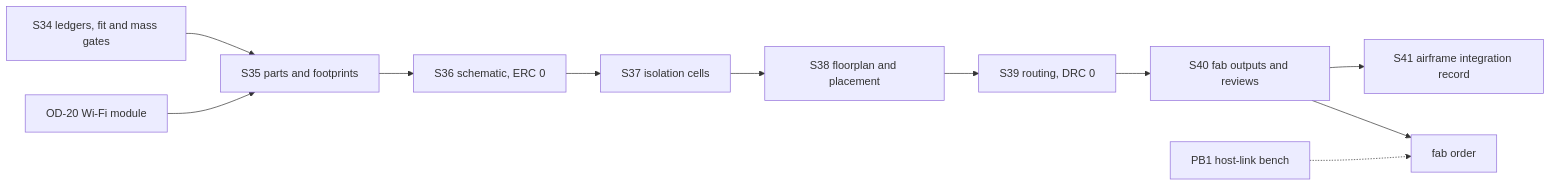
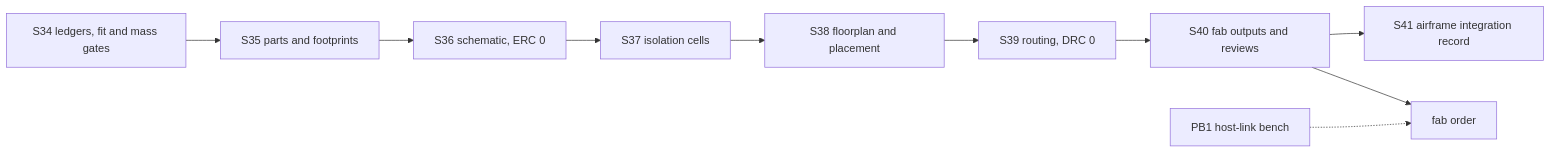
Before and after one commit to Stab-Rabbit-coding/Serenity-UAV: the diagram in docs/plans/2026-11-14-001-feat-nonfo-pilot-pb2-stern-stack-plan.md, drawn with Mermaid. The commit also changed other lines of this file and 10 other files, not shown here.

````diff
--- a/docs/plans/2026-11-14-001-feat-nonfo-pilot-pb2-stern-stack-plan.md
+++ b/docs/plans/2026-11-14-001-feat-nonfo-pilot-pb2-stern-stack-plan.md
@@ -179,13 +179,12 @@
 ```mermaid
 flowchart LR
   S34[S34 ledgers, fit and mass gates] --> S35[S35 parts and footprints]
-  OD20[OD-20 Wi-Fi module] --> S35
   S35 --> S36[S36 schematic, ERC 0]
   S36 --> S37[S37 isolation cells]
   S37 --> S38[S38 floorplan and placement]
   S38 --> S39[S39 routing, DRC 0]
   S39 --> S40[S40 fab outputs and reviews]
   S40 --> S41[S41 airframe integration record]
   PB1[PB1 host-link bench] -.-> FAB[fab order]
   S40 --> FAB
 ```
````
